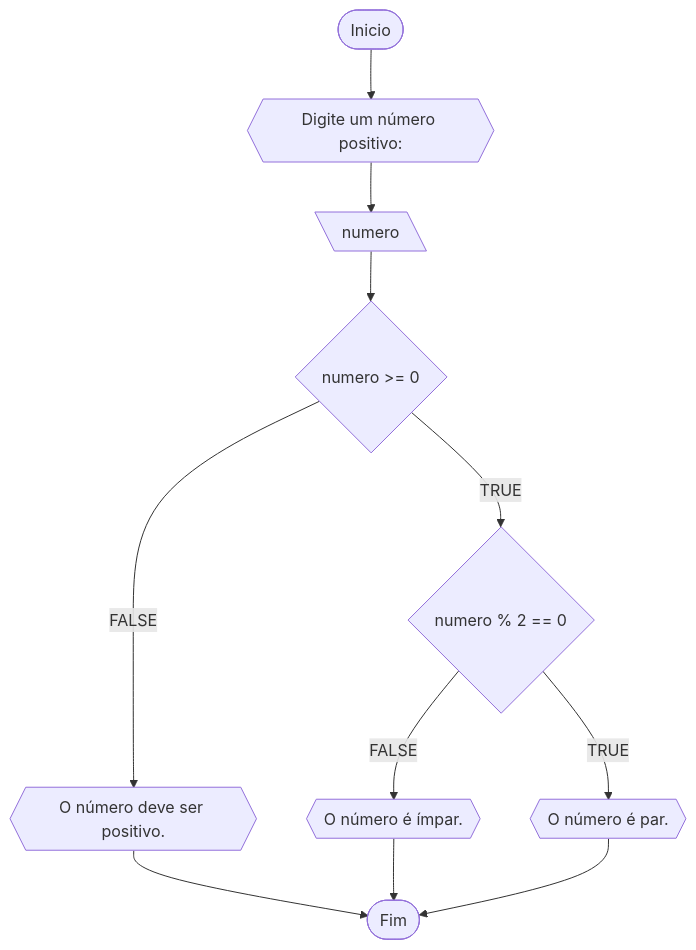
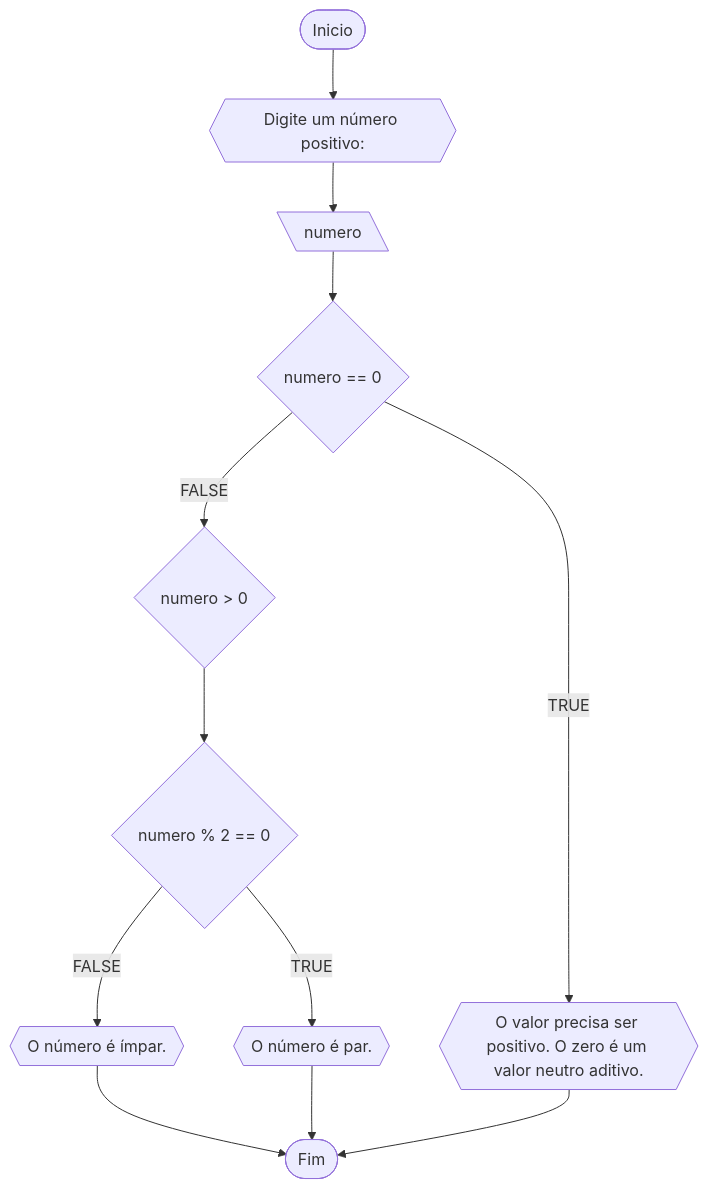
One commit to stuffxdd/Unifor changed the diagram in RLA/unidade 1/lista1.md. Above: the diagram before and after it, drawn with Mermaid. The commit also changed other lines of this file, not shown here.

````diff
--- a/RLA/unidade 1/lista1.md
+++ b/RLA/unidade 1/lista1.md
@@ -13,13 +13,14 @@
 ```mermaid
 flowchart TD
 A([Inicio]) --> B{{Digite um número positivo: }}
 B --> C[\numero\]
-C --> D{numero >= 0}
-D --FALSE--> E{{O número deve ser positivo.}} --> Z
-D --TRUE--> F{numero % 2 == 0}
-F --FALSE--> G{{O número é ímpar.}} --> Z
-F--TRUE--> H{{O número é par.}} --> Z
+C --> D{numero == 0}
+D --FALSE--> E{numero > 0}
+E --> G{numero % 2 == 0}
+G --FALSE--> H{{O número é ímpar.}} --> Z
+G --TRUE--> I{{O número é par.}} --> Z
+D --TRUE--> F{{O valor precisa ser positivo. O zero é um valor neutro aditivo.}} --> Z
 
 Z([Fim])
 
 ```
````
